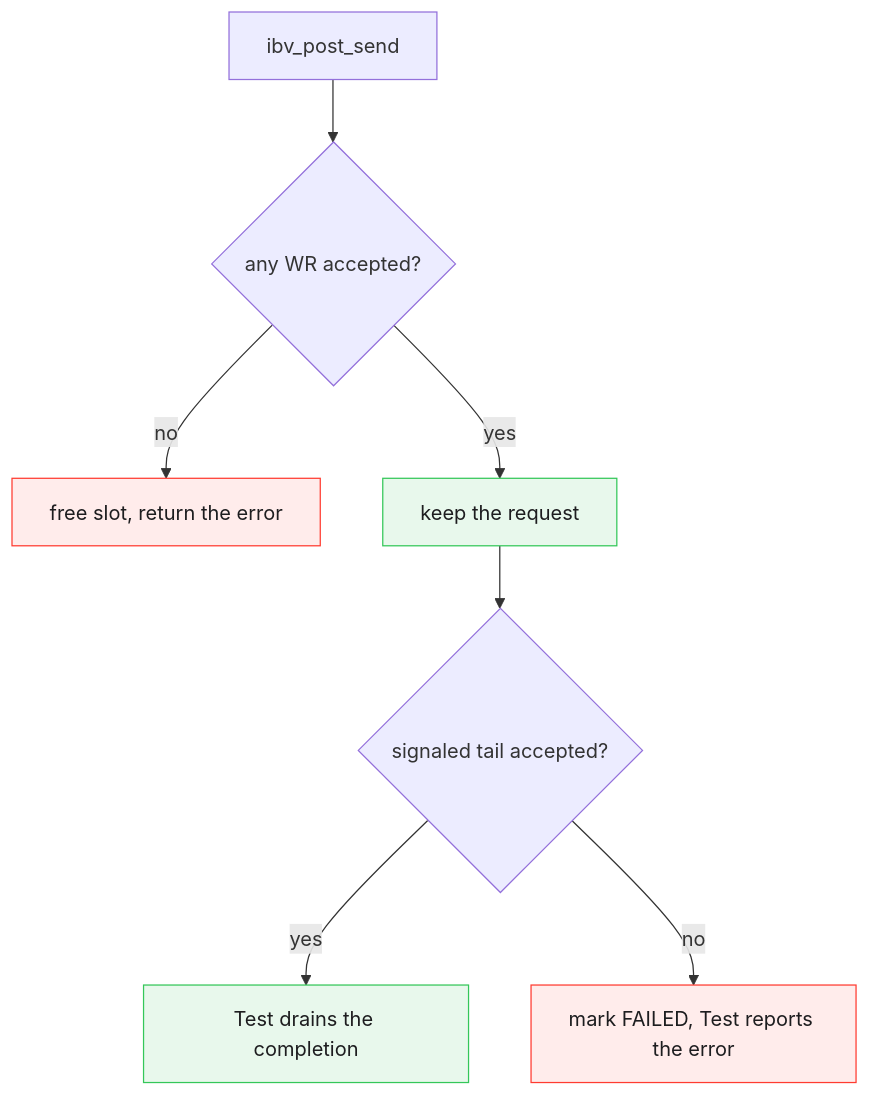
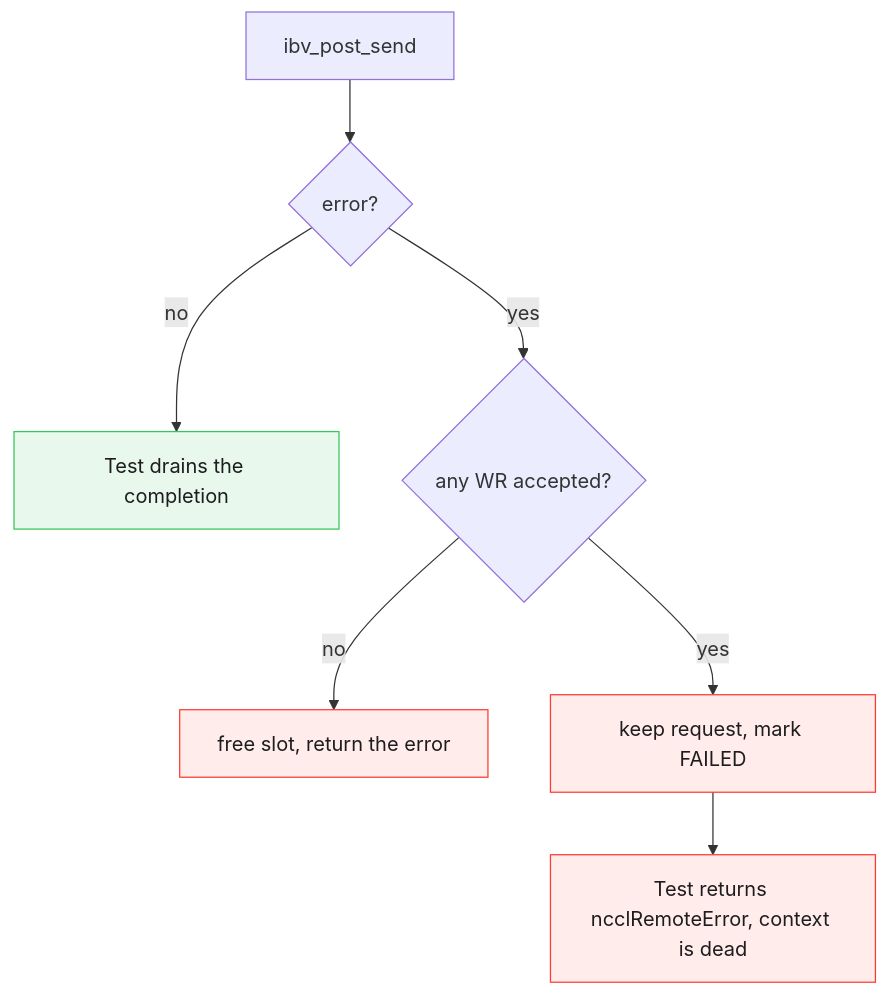
Before and after one commit to ROCm/rocm-systems: the fifth of 6 diagrams in projects/rccl/docs/design/multi_segment_gin_rma.md, drawn with Mermaid. The commit also changed other lines of this file and 19 other files, not shown here.

````diff
--- a/projects/rccl/docs/design/multi_segment_gin_rma.md
+++ b/projects/rccl/docs/design/multi_segment_gin_rma.md
@@ -195,14 +182,14 @@
 ```mermaid
 %% caption: Prefix post: which requests are kept, failed, or freed
 flowchart TD
- p["ibv_post_send"] --> q{"any WR accepted?"}
+ p["ibv_post_send"] --> e{"error?"}
+ e -->|no| t["Test drains the completion"]
+ e -->|yes| q{"any WR accepted?"}
  q -->|no| f["free slot, return the error"]
- q -->|yes| k["keep the request"]
- k --> tail{"signaled tail accepted?"}
- tail -->|yes| t["Test drains the completion"]
- tail -->|no| fl["mark FAILED, Test reports the error"]
+ q -->|yes| fl["keep request, mark FAILED"]
+ fl --> r["Test returns ncclRemoteError, context is dead"]
  classDef okpath fill:#e8f8ec,stroke:#34c759,color:#1d1d1f
  classDef failpath fill:#ffeceb,stroke:#ff3b30,color:#1d1d1f
- class k,t okpath
- class f,fl failpath
+ class t okpath
+ class f,fl,r failpath
 ```
````
